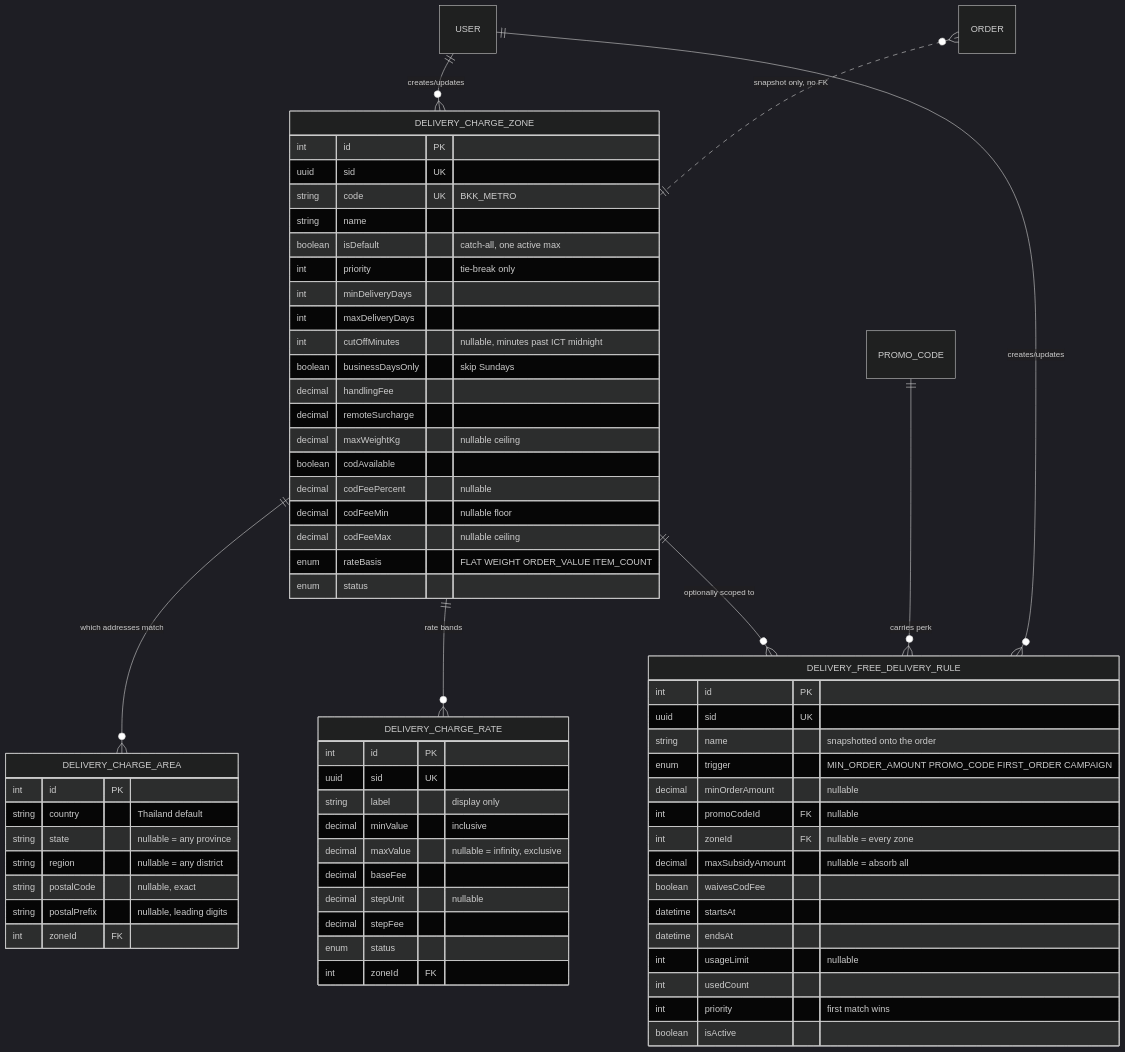
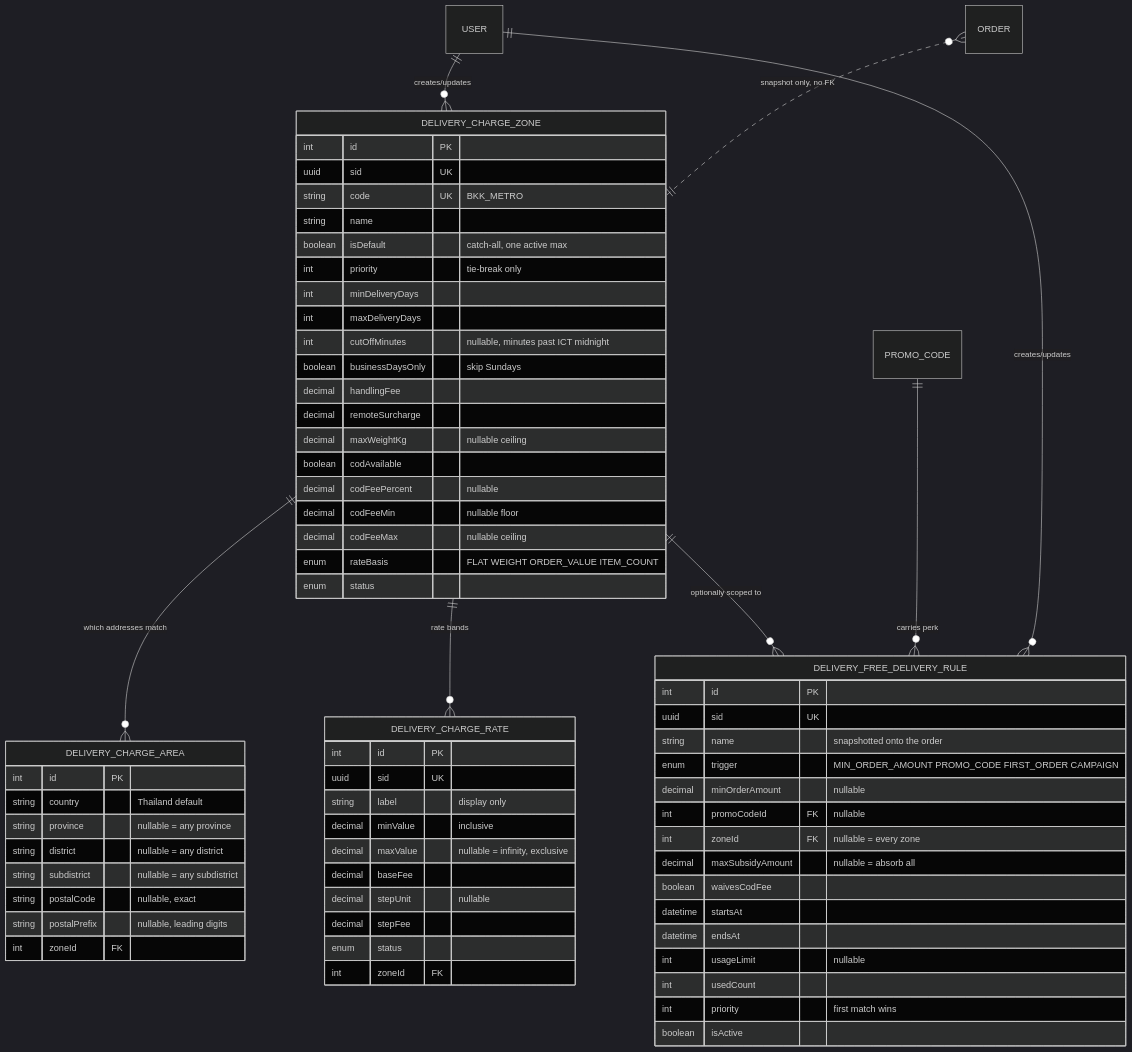
One commit to QuaziSamiha/thai-health-product-server changed the first of 2 diagrams in docs/delivery-charge.md. Above: the diagram before and after it, drawn with Mermaid (dark theme). The commit also changed other lines of this file and 45 other files, not shown here.

````diff
--- a/docs/delivery-charge.md
+++ b/docs/delivery-charge.md
@@ -37,73 +37,74 @@
 ```mermaid
 erDiagram
     DELIVERY_CHARGE_ZONE ||--o{ DELIVERY_CHARGE_AREA : "which addresses match"
     DELIVERY_CHARGE_ZONE ||--o{ DELIVERY_CHARGE_RATE : "rate bands"
     DELIVERY_CHARGE_ZONE ||--o{ DELIVERY_FREE_DELIVERY_RULE : "optionally scoped to"
     PROMO_CODE ||--o{ DELIVERY_FREE_DELIVERY_RULE : "carries perk"
     USER ||--o{ DELIVERY_CHARGE_ZONE : "creates/updates"
     USER ||--o{ DELIVERY_FREE_DELIVERY_RULE : "creates/updates"
     ORDER }o..|| DELIVERY_CHARGE_ZONE : "snapshot only, no FK"
 
     DELIVERY_CHARGE_ZONE {
         int id PK
         uuid sid UK
         string code UK "BKK_METRO"
         string name
         boolean isDefault "catch-all, one active max"
         int priority "tie-break only"
         int minDeliveryDays
         int maxDeliveryDays
         int cutOffMinutes "nullable, minutes past ICT midnight"
         boolean businessDaysOnly "skip Sundays"
         decimal handlingFee
         decimal remoteSurcharge
         decimal maxWeightKg "nullable ceiling"
         boolean codAvailable
         decimal codFeePercent "nullable"
         decimal codFeeMin "nullable floor"
         decimal codFeeMax "nullable ceiling"
         enum rateBasis "FLAT WEIGHT ORDER_VALUE ITEM_COUNT"
         enum status
     }
 
     DELIVERY_CHARGE_AREA {
         int id PK
         string country "Thailand default"
-        string state "nullable = any province"
-        string region "nullable = any district"
+        string province "nullable = any province"
+        string district "nullable = any district"
+        string subdistrict "nullable = any subdistrict"
         string postalCode "nullable, exact"
         string postalPrefix "nullable, leading digits"
         int zoneId FK
     }
 
     DELIVERY_CHARGE_RATE {
         int id PK
         uuid sid UK
         string label "display only"
         decimal minValue "inclusive"
         decimal maxValue "nullable = infinity, exclusive"
         decimal baseFee
         decimal stepUnit "nullable"
         decimal stepFee
         enum status
         int zoneId FK
     }
 
     DELIVERY_FREE_DELIVERY_RULE {
         int id PK
         uuid sid UK
         string name "snapshotted onto the order"
         enum trigger "MIN_ORDER_AMOUNT PROMO_CODE FIRST_ORDER CAMPAIGN"
         decimal minOrderAmount "nullable"
         int promoCodeId FK "nullable"
         int zoneId FK "nullable = every zone"
         decimal maxSubsidyAmount "nullable = absorb all"
         boolean waivesCodFee
         datetime startsAt
         datetime endsAt
         int usageLimit "nullable"
         int usedCount
         int priority "first match wins"
         boolean isActive
     }
 ```
````
